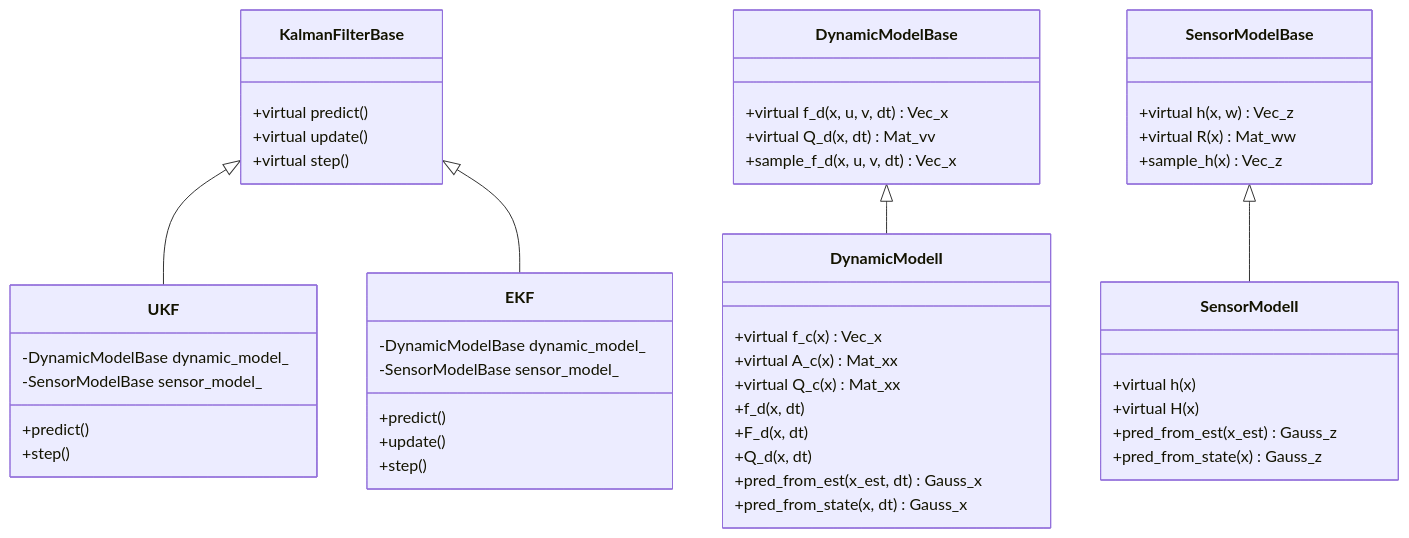
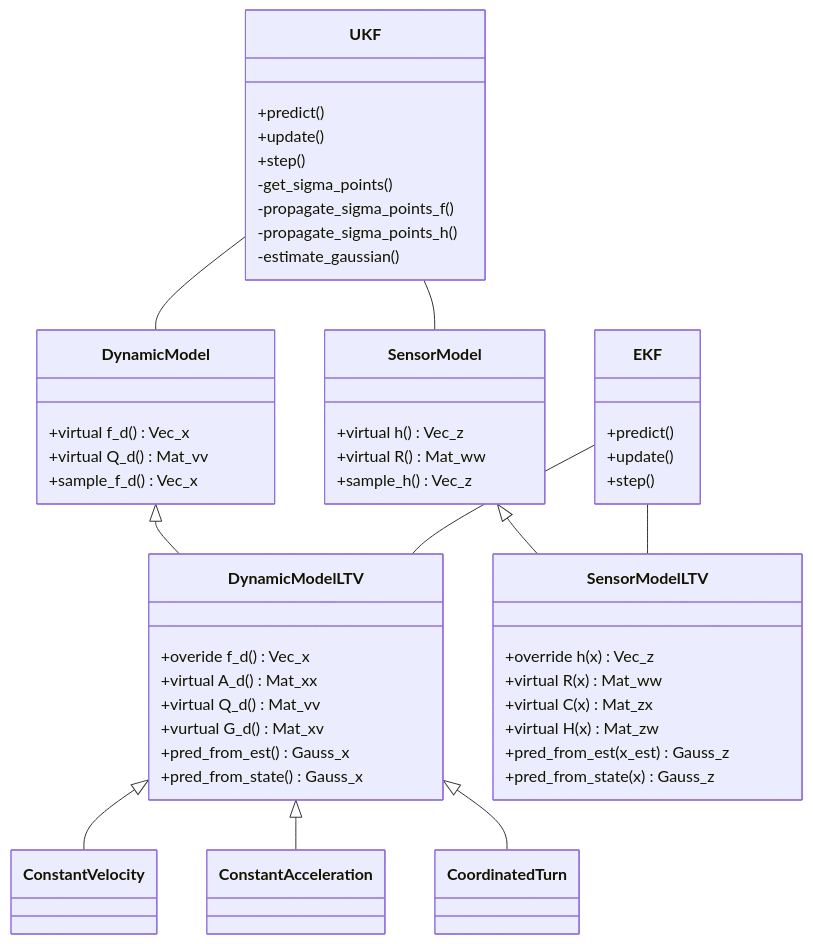
The diagram in docs/vkf_class_diagram.md (vortexntnu/vortex-vkf), drawn with Mermaid before and after one commit. The commit also changed other lines of this file and 5 other files, not shown here.

````diff
--- a/docs/vkf_class_diagram.md
+++ b/docs/vkf_class_diagram.md
@@ -1,59 +3,68 @@
 ```mermaid
 classDiagram
-    KalmanFilterBase <|-- UKF
-    KalmanFilterBase <|-- EKF
-    DynamicModelBase <|-- DynamicModelI
-    SensorModelBase <|-- SensorModelI
+
+    DynamicModel <|-- DynamicModelLTV
+    SensorModel <|-- SensorModelLTV
+    DynamicModelLTV <|-- ConstantVelocity
+    DynamicModelLTV <|-- ConstantAcceleration
+    DynamicModelLTV <|-- CoordinatedTurn
+
+    EKF -- DynamicModelLTV
+    EKF -- SensorModelLTV
+
+    UKF -- DynamicModel
+    UKF -- SensorModel
 
 
-    class KalmanFilterBase{
-      +virtual predict()
-      +virtual update()
-      +virtual step()
-    }
 
     class EKF{
-        -DynamicModelBase dynamic_model_
-        -SensorModelBase sensor_model_
         +predict()
         +update()
         +step()
     }
 
     class UKF{
-        -DynamicModelBase dynamic_model_
-        -SensorModelBase sensor_model_
         +predict()
+        +update()
         +step()
+        -get_sigma_points()
+        -propagate_sigma_points_f()
+        -propagate_sigma_points_h()
+        -estimate_gaussian()
     }
 
-    class DynamicModelBase{
-        +virtual f_d(x, u, v, dt) Vec_x
-        +virtual Q_d(x, dt) Mat_vv
-        +sample_f_d(x, u, v, dt) Vec_x
+    class DynamicModel{
+        +virtual f_d() Vec_x
+        +virtual Q_d() Mat_vv
+        +sample_f_d() Vec_x
     }
 
-    class SensorModelBase{
-        +virtual h(x, w) Vec_z
-        +virtual R(x) Mat_ww
-        +sample_h(x) Vec_z
+    class SensorModel{
+        +virtual h() Vec_z
+        +virtual R() Mat_ww
+        +sample_h() Vec_z
     }
 
-    class DynamicModelI {
-        +virtual f_c(x) Vec_x
-        +virtual A_c(x) Mat_xx
-        +virtual Q_c(x) Mat_xx
-        +f_d(x, dt)
-        +F_d(x, dt)
-        +Q_d(x, dt)
-        +pred_from_est(x_est, dt) Gauss_x
-        +pred_from_state(x, dt) Gauss_x
+    class DynamicModelLTV {
+        +overide f_d() Vec_x
+        +virtual A_d() Mat_xx
+        +virtual Q_d() Mat_vv
+        +vurtual G_d() Mat_xv
+        +pred_from_est() Gauss_x
+        +pred_from_state() Gauss_x
     }
 
-    class SensorModelI {
-        +virtual h(x)
-        +virtual H(x)
+    class SensorModelLTV {
+        +override h(x) Vec_z
+        +virtual R(x) Mat_ww
+        +virtual C(x) Mat_zx
+        +virtual H(x) Mat_zw
         +pred_from_est(x_est) Gauss_z
         +pred_from_state(x) Gauss_z
     }
+
+    class ConstantVelocity
+    class CoordinatedTurn
+    class ConstantAcceleration
+
 ```
````
